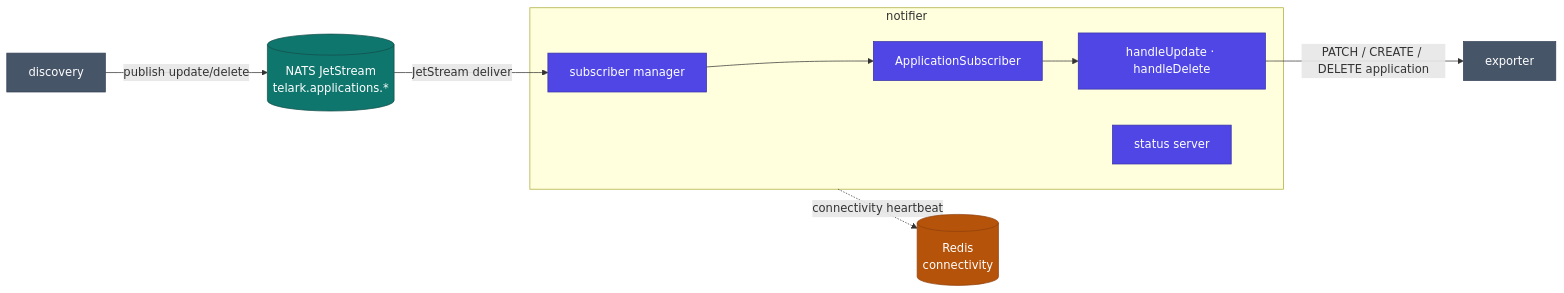
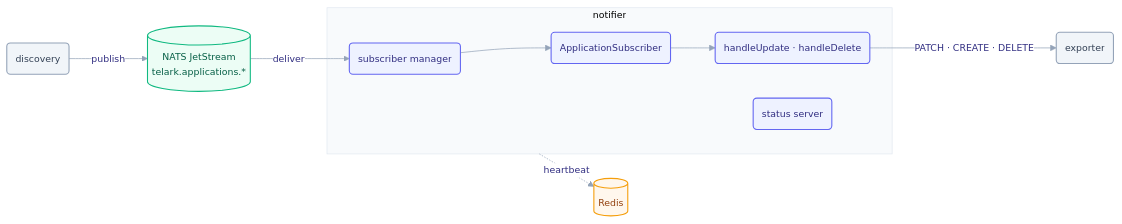
The diagram in services/notifier/README.md (telark/telark), drawn with Mermaid before and after one commit. The commit also changed 14 other files, not shown here.

Commit message:
adjust README graph style and add missing annotations for CRDs

````diff
--- a/services/notifier/README.md
+++ b/services/notifier/README.md
@@ -11,28 +11,29 @@
 ```mermaid
+%%{init: {"theme":"base","themeVariables":{"fontFamily":"ui-sans-serif, system-ui, -apple-system, Segoe UI, Roboto, sans-serif","fontSize":"13px","lineColor":"#94a3b8","primaryColor":"#eef2ff","primaryBorderColor":"#6366f1","primaryTextColor":"#312e81","edgeLabelBackground":"#ffffff","clusterBkg":"#f8fafc","clusterBorder":"#e2e8f0"},"flowchart":{"curve":"basis","htmlLabels":true,"nodeSpacing":48,"rankSpacing":62,"padding":12}}}%%
 flowchart LR
-  DISC[discovery]
+  DISC(discovery)
   NATS[("NATS JetStream<br/>telark.applications.*")]
 
   subgraph notifier["notifier"]
-    MGR[subscriber manager] --> SUB[ApplicationSubscriber]
-    SUB --> ACT[handleUpdate · handleDelete]
-    ST[status server]
+    MGR(subscriber manager) --> SUB(ApplicationSubscriber)
+    SUB --> ACT("handleUpdate · handleDelete")
+    ST(status server)
   end
 
-  EXP[exporter]
-  REDIS[("Redis<br/>connectivity")]
+  EXP(exporter)
+  REDIS[("Redis")]
 
-  DISC -->|publish update/delete| NATS
-  NATS -->|JetStream deliver| MGR
-  ACT -->|PATCH / CREATE / DELETE application| EXP
-  notifier -.connectivity heartbeat.-> REDIS
+  DISC -->|publish| NATS
+  NATS -->|deliver| MGR
+  ACT -->|PATCH · CREATE · DELETE| EXP
+  notifier -.heartbeat.-> REDIS
 
-  classDef svc fill:#4f46e5,stroke:#3730a3,color:#fff;
-  classDef infra fill:#0f766e,stroke:#134e4a,color:#fff;
-  classDef peer fill:#475569,stroke:#334155,color:#fff;
-  classDef store fill:#b45309,stroke:#92400e,color:#fff;
+  classDef svc fill:#eef2ff,stroke:#6366f1,stroke-width:1.5px,color:#312e81;
+  classDef infra fill:#ecfdf5,stroke:#10b981,stroke-width:1.5px,color:#065f46;
+  classDef peer fill:#f1f5f9,stroke:#94a3b8,stroke-width:1.5px,color:#334155;
+  classDef store fill:#fff7ed,stroke:#f59e0b,stroke-width:1.5px,color:#92400e;
   class MGR,SUB,ACT,ST svc;
   class NATS infra;
   class DISC,EXP peer;
   class REDIS store;
 ```
````
